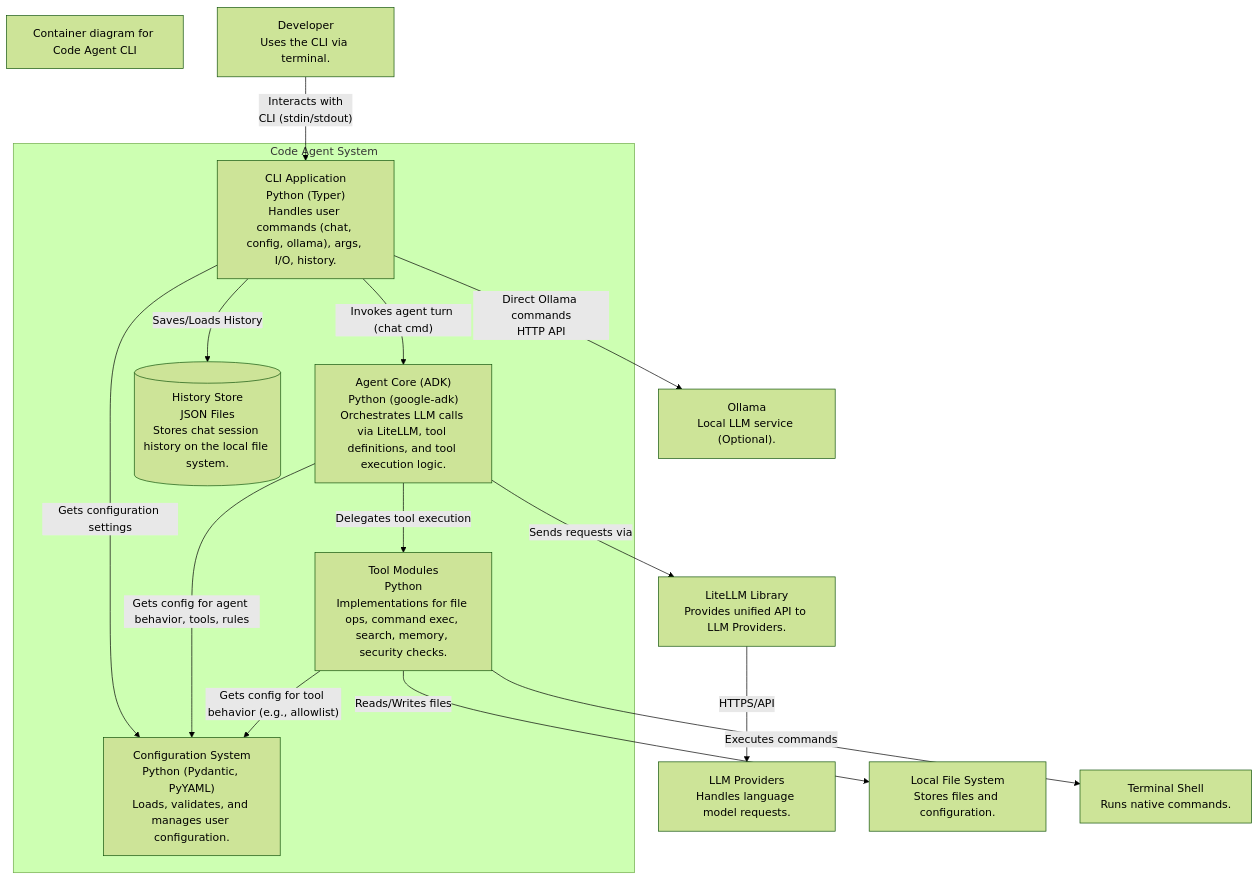
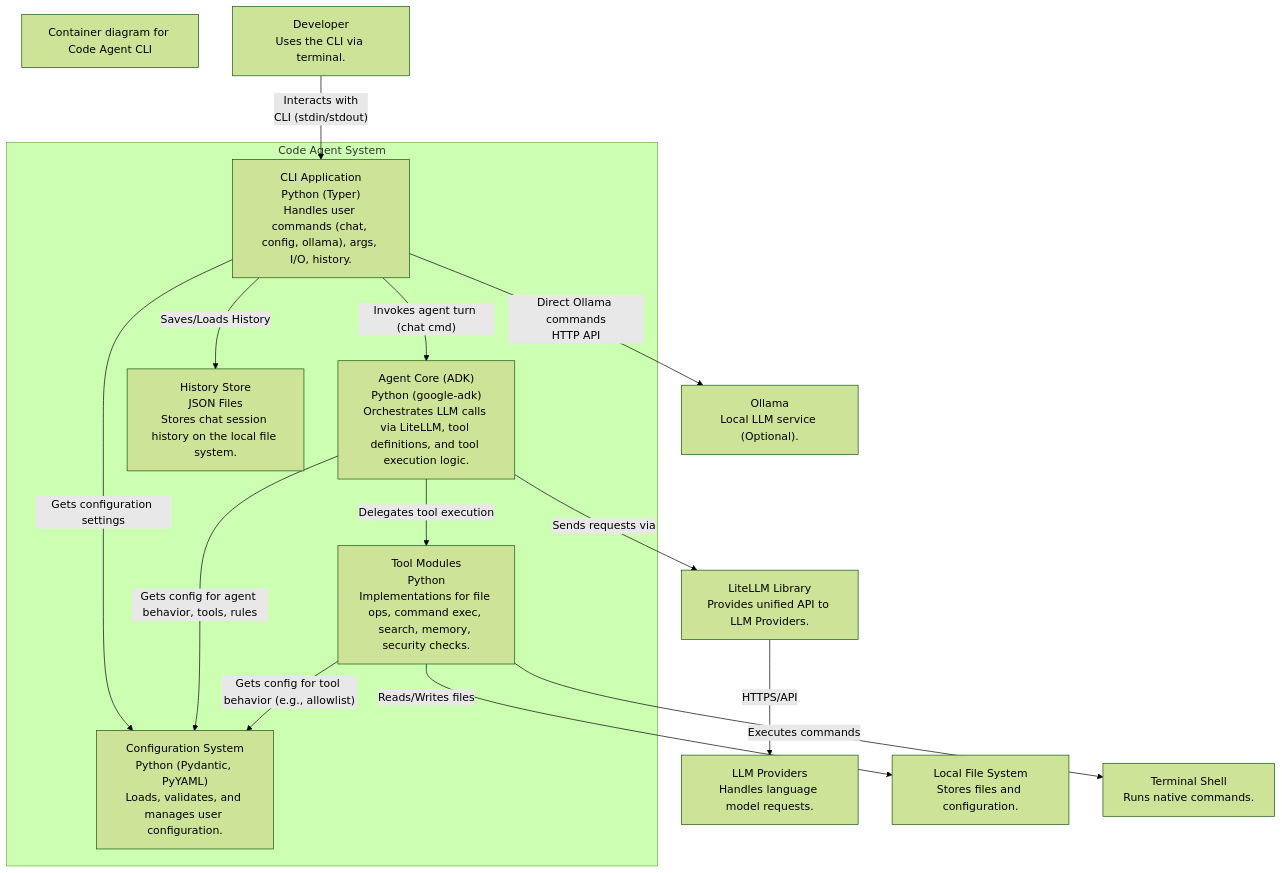
One commit to BlueCentre/code-agent changed the second of 4 diagrams in docs/ARCHITECTURE.md. Above: the diagram before and after it, drawn with Mermaid (forest theme). The commit also changed other lines of this file, not shown here.

Commit message:
Fix diagrams

````diff
--- a/docs/ARCHITECTURE.md
+++ b/docs/ARCHITECTURE.md
@@ -39,35 +39,35 @@
 ```mermaid
 flowchart TD
     title["Container diagram for Code Agent CLI"]
 
     user["Developer<br>Uses the CLI via terminal."]
     llm_providers["LLM Providers<br>Handles language model requests."]
     ollama["Ollama<br>Local LLM service (Optional)."]
     file_system["Local File System<br>Stores files and configuration."]
     terminal["Terminal Shell<br>Runs native commands."]
     litellm_lib["LiteLLM Library<br>Provides unified API to LLM Providers."]
 
     subgraph cli_boundary["Code Agent System"]
         cli_app["CLI Application<br>Python (Typer)<br>Handles user commands (chat, config, ollama), args, I/O, history."]
         agent_core["Agent Core (ADK)<br>Python (google-adk)<br>Orchestrates LLM calls via LiteLLM, tool definitions, and tool execution logic."]
         config_system["Configuration System<br>Python (Pydantic, PyYAML)<br>Loads, validates, and manages user configuration."]
         tool_modules["Tool Modules<br>Python<br>Implementations for file ops, command exec, search, memory, security checks."]
-        history_store[(History Store<br>JSON Files<br>Stores chat session history on the local file system.)]
+        history_store["History Store<br>JSON Files<br>Stores chat session history on the local file system."]
     end
 
     user --> |"Interacts with<br>CLI (stdin/stdout)"| cli_app
 
     cli_app --> |"Invokes agent turn (chat cmd)"| agent_core
     cli_app --> |"Gets configuration settings"| config_system
     cli_app --> |"Saves/Loads History"| history_store
     cli_app --> |"Direct Ollama commands<br>HTTP API"| ollama
 
     agent_core --> |"Gets config for agent behavior, tools, rules"| config_system
     agent_core --> |"Sends requests via"| litellm_lib
     litellm_lib --> |"HTTPS/API"| llm_providers
     agent_core --> |"Delegates tool execution"| tool_modules
 
     tool_modules --> |"Gets config for tool behavior (e.g., allowlist)"| config_system
     tool_modules --> |"Reads/Writes files"| file_system
     tool_modules --> |"Executes commands"| terminal
 ```
````
